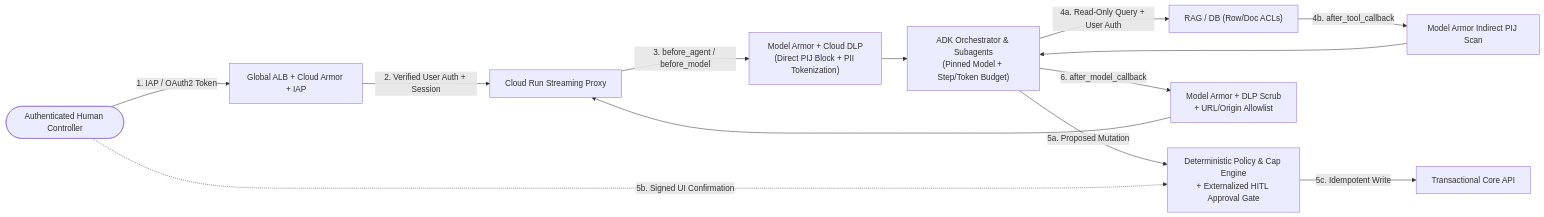
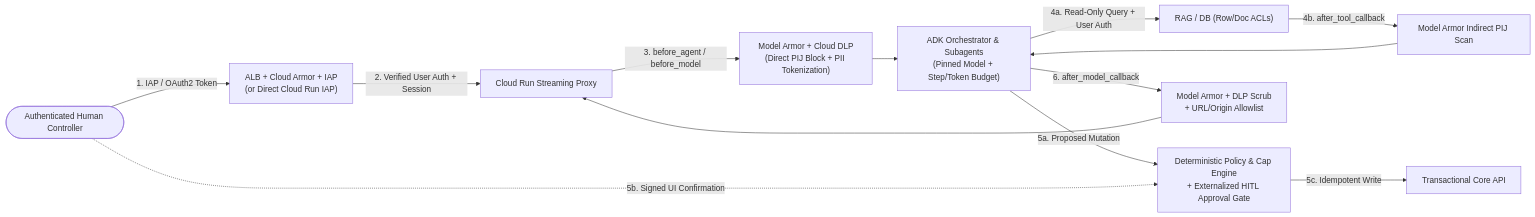
Before and after one commit to pantana-na/ntt-kg: the diagram in _agents/skills/gcp_well_architected_saif/SKILL.md, drawn with Mermaid. The commit also changed other lines of this file and 24 other files, not shown here.

Commit message:
feat(security): add Pattern 1B Direct Cloud Run IAP across all rules, skills, templates, and validators

````diff
--- a/_agents/skills/gcp_well_architected_saif/SKILL.md
+++ b/_agents/skills/gcp_well_architected_saif/SKILL.md
@@ -130,15 +130,15 @@
 ```mermaid
 flowchart LR
-    User([Authenticated Human Controller]) -->|1. IAP / OAuth2 Token| Edge["Global ALB + Cloud Armor + IAP"]
+    User([Authenticated Human Controller]) -->|1. IAP / OAuth2 Token| Edge["ALB + Cloud Armor + IAP<br/>(or Direct Cloud Run IAP)"]
     Edge -->|2. Verified User Auth + Session| Proxy["Cloud Run Streaming Proxy"]
     Proxy -->|3. before_agent / before_model| InGuard["Model Armor + Cloud DLP<br/>(Direct PIJ Block + PII Tokenization)"]
     InGuard --> Agent["ADK Orchestrator & Subagents<br/>(Pinned Model + Step/Token Budget)"]
     Agent -->|4a. Read-Only Query + User Auth| RAG["RAG / DB (Row/Doc ACLs)"]
     RAG -->|4b. after_tool_callback| ToolGuard["Model Armor Indirect PIJ Scan"]
     ToolGuard --> Agent
     Agent -->|5a. Proposed Mutation| PolicyGate["Deterministic Policy & Cap Engine<br/>+ Externalized HITL Approval Gate"]
     User -.->|5b. Signed UI Confirmation| PolicyGate
     PolicyGate -->|5c. Idempotent Write| MutateAPI["Transactional Core API"]
     Agent -->|6. after_model_callback| OutGuard["Model Armor + DLP Scrub<br/>+ URL/Origin Allowlist"]
     OutGuard --> Proxy
 ```
````
